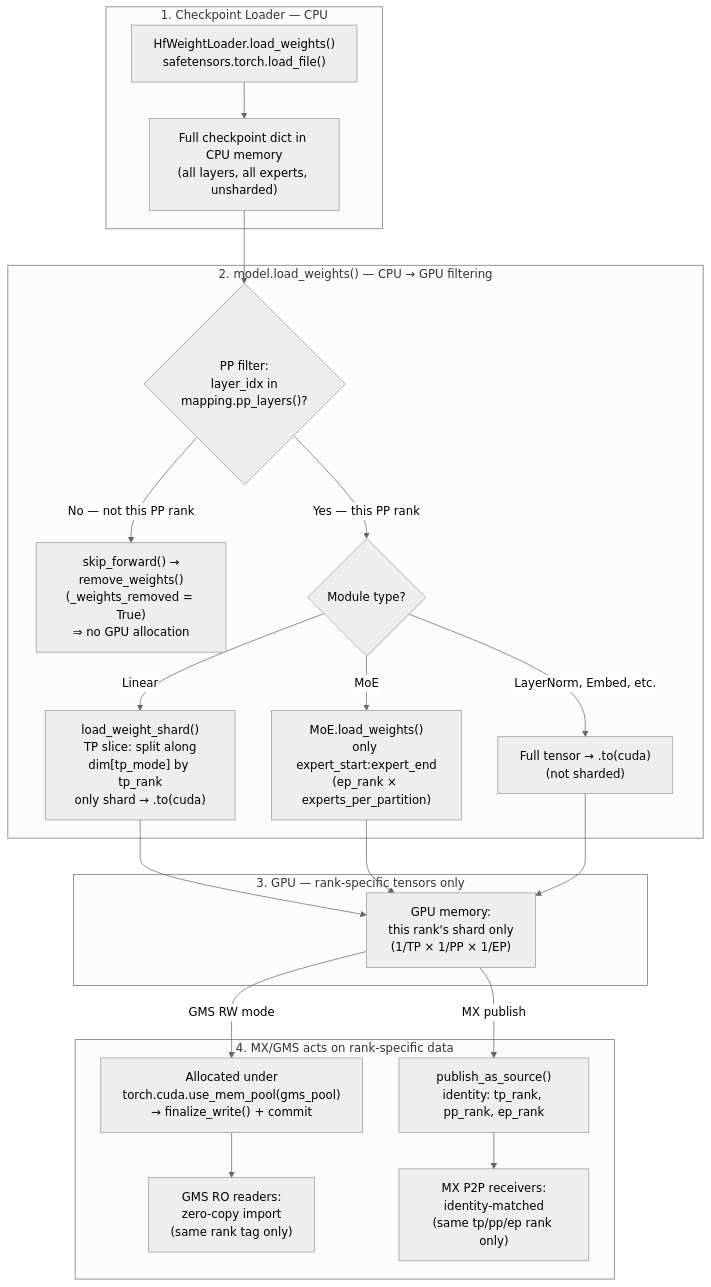
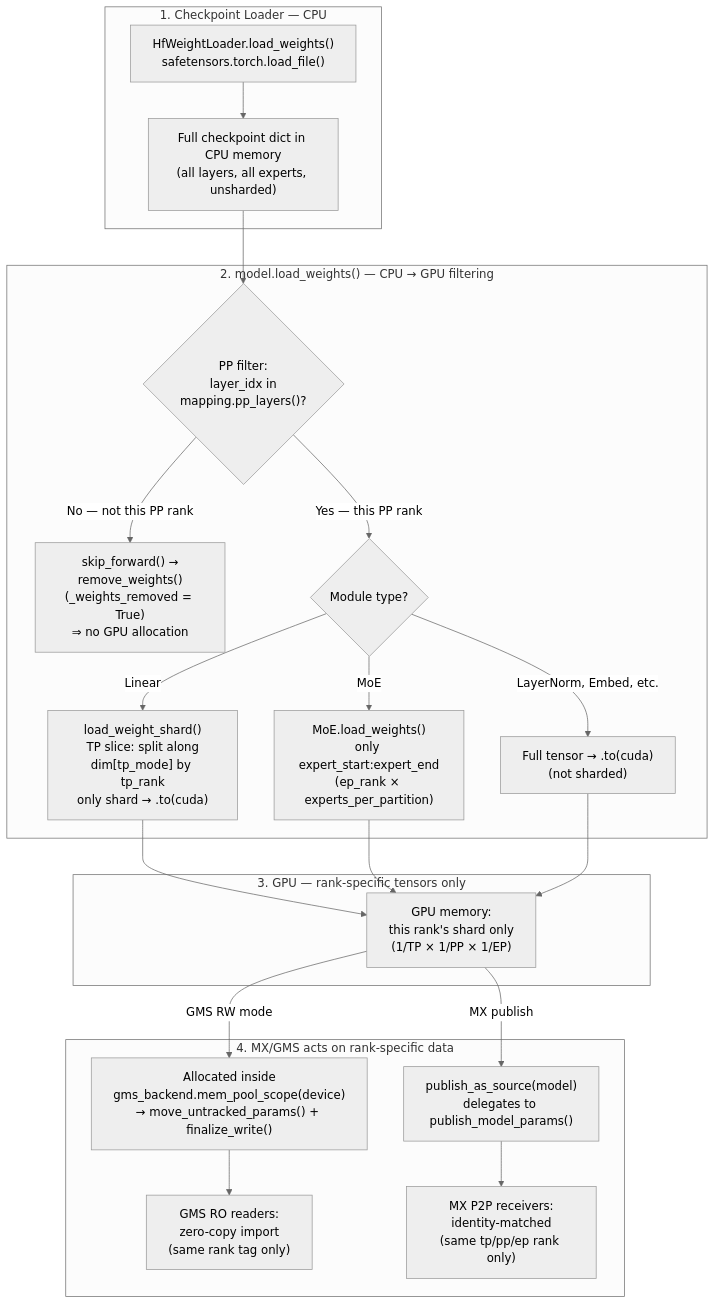
Before and after one commit to chienchunhung/TensorRT-LLM: the first of 2 diagrams in docs/design/mx-gms-integration/04-implementation-plan.md, drawn with Mermaid (neutral theme). The commit also changed other lines of this file and 3 other files, not shown here.

````diff
--- a/docs/design/mx-gms-integration/04-implementation-plan.md
+++ b/docs/design/mx-gms-integration/04-implementation-plan.md
@@ -63,28 +63,28 @@
 ```mermaid
 flowchart TD
     subgraph "1. Checkpoint Loader — CPU"
         A["HfWeightLoader.load_weights()<br/>safetensors.torch.load_file()"] --> B["Full checkpoint dict in CPU memory<br/>(all layers, all experts, unsharded)"]
     end
 
     subgraph "2. model.load_weights() — CPU → GPU filtering"
         B --> PP{"PP filter:<br/>layer_idx in<br/>mapping.pp_layers()?"}
         PP -->|"No — not this PP rank"| PPskip["skip_forward() →<br/>remove_weights()<br/>(_weights_removed = True)<br/>⇒ no GPU allocation"]
         PP -->|"Yes — this PP rank"| ModType{"Module type?"}
         ModType -->|"Linear"| TP["load_weight_shard()<br/>TP slice: split along<br/>dim[tp_mode] by tp_rank<br/>only shard → .to(cuda)"]
         ModType -->|"MoE"| EP["MoE.load_weights()<br/>only expert_start:expert_end<br/>(ep_rank × experts_per_partition)"]
         ModType -->|"LayerNorm, Embed, etc."| Other["Full tensor → .to(cuda)<br/>(not sharded)"]
     end
 
     subgraph "3. GPU — rank-specific tensors only"
         TP --> GPU["GPU memory:<br/>this rank's shard only<br/>(1/TP × 1/PP × 1/EP)"]
         EP --> GPU
         Other --> GPU
     end
 
     subgraph "4. MX/GMS acts on rank-specific data"
-        GPU -->|"GMS RW mode"| GMSRW["Allocated under<br/>torch.cuda.use_mem_pool(gms_pool)<br/>→ finalize_write() + commit"]
-        GPU -->|"MX publish"| MXPub["publish_as_source()<br/>identity: tp_rank, pp_rank, ep_rank"]
+        GPU -->|"GMS RW mode"| GMSRW["Allocated inside<br/>gms_backend.mem_pool_scope(device)<br/>→ move_untracked_params() + finalize_write()"]
+        GPU -->|"MX publish"| MXPub["publish_as_source(model)<br/>delegates to publish_model_params()"]
         GMSRW --> GMSRO["GMS RO readers:<br/>zero-copy import<br/>(same rank tag only)"]
         MXPub --> MXRecv["MX P2P receivers:<br/>identity-matched<br/>(same tp/pp/ep rank only)"]
     end
 ```
````
